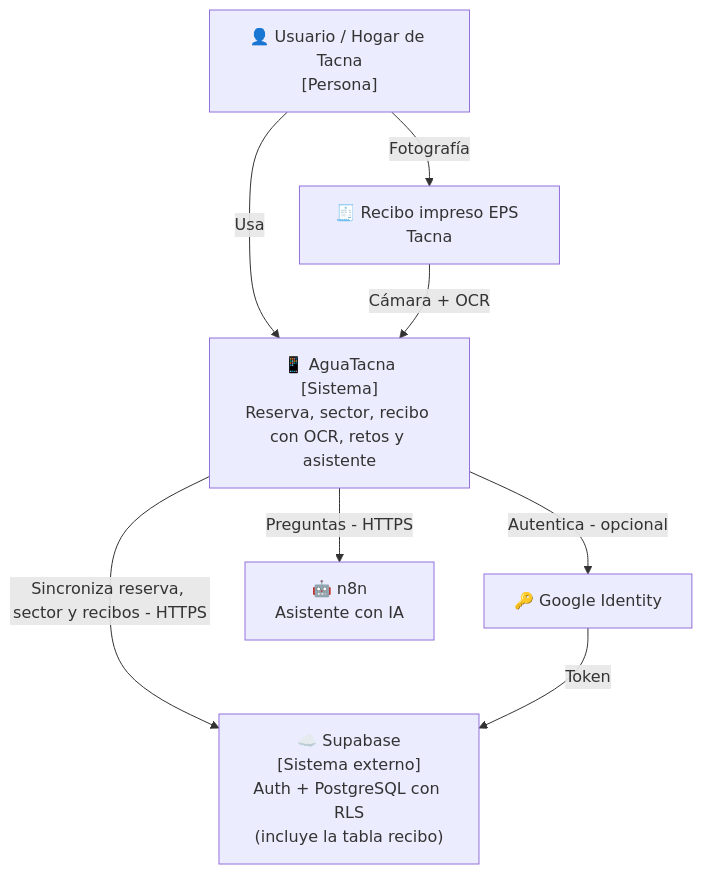
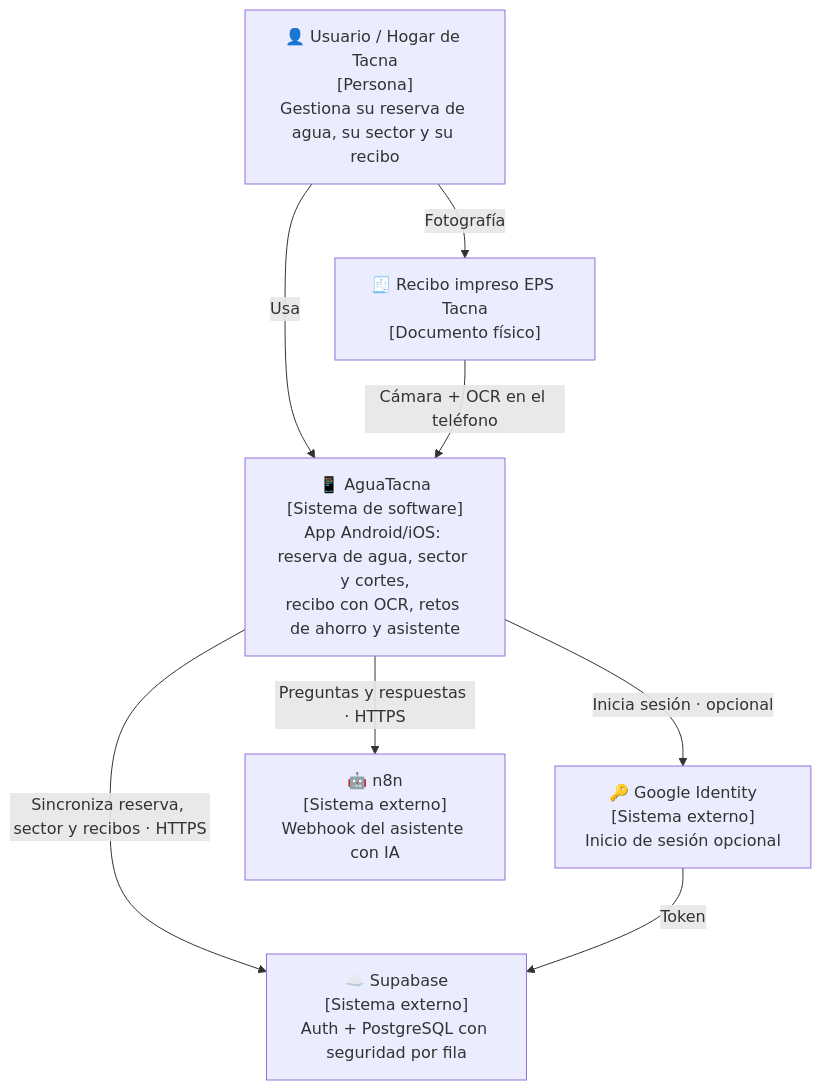
Before and after one commit to IkerASierraR/pruebas_antitodo: the seventh of 10 diagrams in informacionRecibo.md, drawn with Mermaid. The commit also changed other lines of this file, not shown here.

````diff
--- a/informacionRecibo.md
+++ b/informacionRecibo.md
@@ -495,17 +584,17 @@
 ```mermaid
 flowchart TB
-    Hogar["👤 Usuario / Hogar de Tacna<br/>[Persona]"]
-    App["📱 AguaTacna<br/>[Sistema]<br/>Reserva, sector, recibo con OCR, retos y asistente"]
-    Supa["☁️ Supabase<br/>[Sistema externo]<br/>Auth + PostgreSQL con RLS<br/>(incluye la tabla recibo)"]
-    Google["🔑 Google Identity"]
-    N8n["🤖 n8n<br/>Asistente con IA"]
-    Recibo["🧾 Recibo impreso EPS Tacna"]
+    Hogar["👤 Usuario / Hogar de Tacna<br/>[Persona]<br/>Gestiona su reserva de agua, su sector y su recibo"]
+    App["📱 AguaTacna<br/>[Sistema de software]<br/>App Android/iOS: reserva de agua, sector y cortes,<br/>recibo con OCR, retos de ahorro y asistente"]
+    Recibo["🧾 Recibo impreso EPS Tacna<br/>[Documento físico]"]
+    Supa["☁️ Supabase<br/>[Sistema externo]<br/>Auth + PostgreSQL con seguridad por fila"]
+    Google["🔑 Google Identity<br/>[Sistema externo]<br/>Inicio de sesión opcional"]
+    N8n["🤖 n8n<br/>[Sistema externo]<br/>Webhook del asistente con IA"]
 
     Hogar -->|Usa| App
     Hogar -->|Fotografía| Recibo
-    Recibo -->|Cámara + OCR| App
-    App -->|Sincroniza reserva, sector y recibos - HTTPS| Supa
-    App -->|Autentica - opcional| Google
+    Recibo -->|Cámara + OCR en el teléfono| App
+    App -->|Sincroniza reserva, sector y recibos · HTTPS| Supa
+    App -->|Inicia sesión · opcional| Google
     Google -->|Token| Supa
-    App -->|Preguntas - HTTPS| N8n
+    App -->|Preguntas y respuestas · HTTPS| N8n
 ```
````
